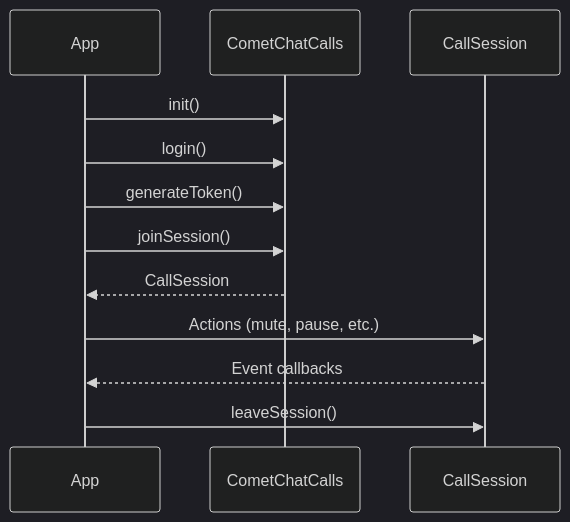
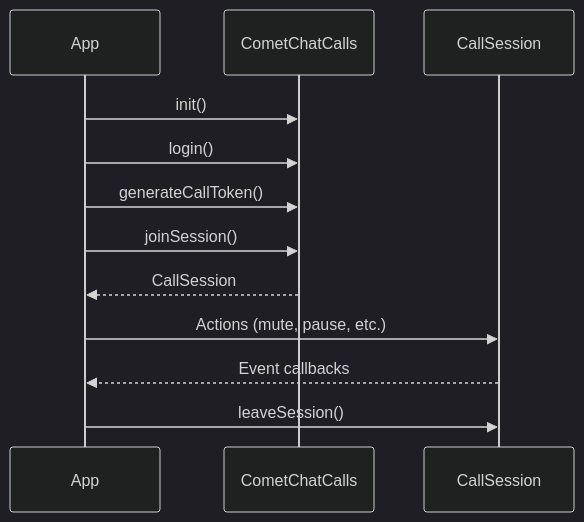
One commit to cometchat/docs changed the diagram in calls/flutter/overview.mdx. Above: the diagram before and after it, drawn with Mermaid (dark theme). The commit also changed 18 other files, not shown here.

````diff
--- a/calls/flutter/overview.mdx
+++ b/calls/flutter/overview.mdx
@@ -25,15 +25,15 @@
 ```mermaid
 sequenceDiagram
     participant App
     participant CometChatCalls
     participant CallSession
     
     App->>CometChatCalls: init()
     App->>CometChatCalls: login()
-    App->>CometChatCalls: generateToken()
+    App->>CometChatCalls: generateCallToken()
     App->>CometChatCalls: joinSession()
     CometChatCalls-->>App: CallSession
     App->>CallSession: Actions (mute, pause, etc.)
     CallSession-->>App: Event callbacks
     App->>CallSession: leaveSession()
 ```
````
